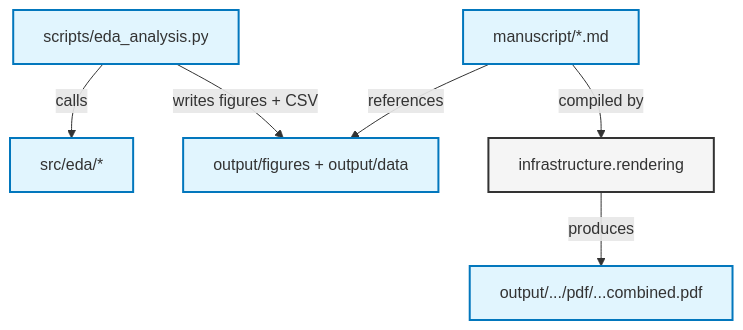
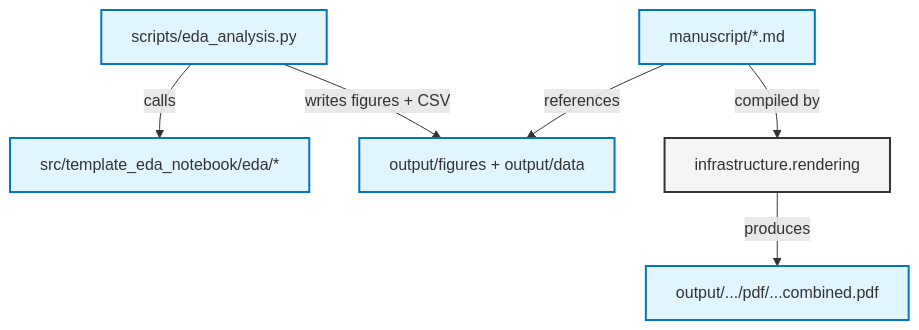
One commit to docxology/template changed the diagram in projects/templates/template_eda_notebook/manuscript/README.md. Above: the diagram before and after it, drawn with Mermaid. The commit also changed other lines of this file and 1600 other files, not shown here.

````diff
--- a/projects/templates/template_eda_notebook/manuscript/README.md
+++ b/projects/templates/template_eda_notebook/manuscript/README.md
@@ -23,16 +23,16 @@
 ```mermaid
 graph TD
     classDef project fill:#e1f5fe,stroke:#0277bd,stroke-width:2px;
     classDef infra fill:#f5f5f5,stroke:#333,stroke-width:2px;
 
     Script["scripts/eda_analysis.py"]:::project
-    Lib["src/eda/*"]:::project
+    Lib["src/template_eda_notebook/eda/*"]:::project
     Manuscript["manuscript/*.md"]:::project
     Rendering["infrastructure.rendering"]:::infra
 
     Script -->|calls| Lib
     Script -->|writes figures + CSV| Out["output/figures + output/data"]:::project
     Manuscript -->|references| Out
     Manuscript -->|compiled by| Rendering
     Rendering -->|produces| PDF["output/.../pdf/...combined.pdf"]:::project
 ```
````
